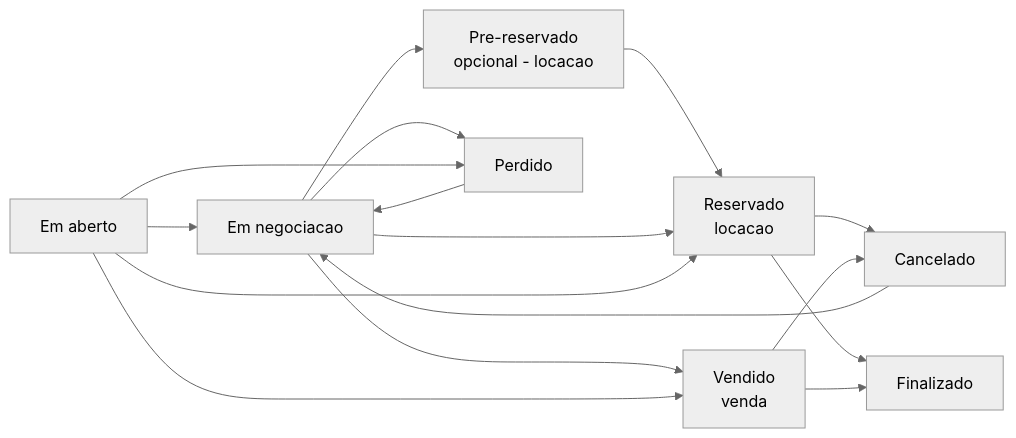
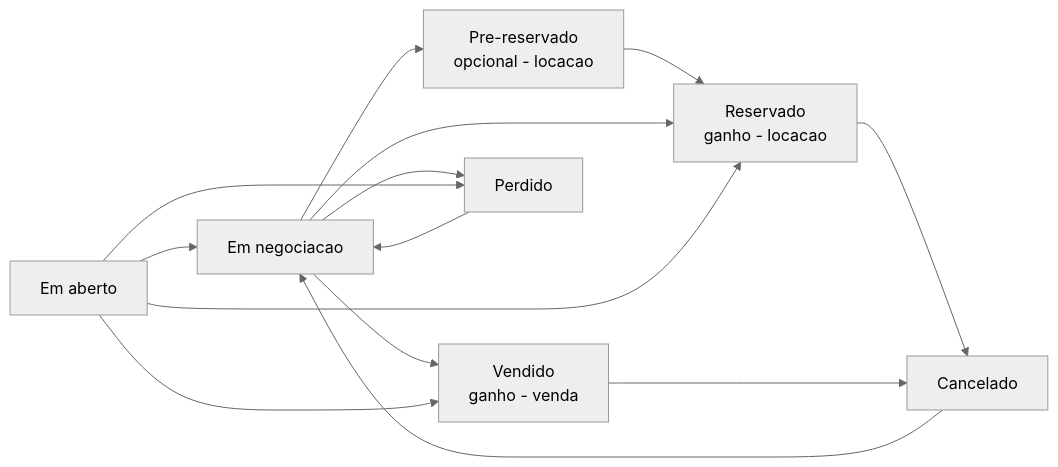
Before and after one commit to LocFlowTeam/locflow-docs: the first of 2 diagrams in orcamentos/acompanhando-e-fechando.md, drawn with Mermaid (neutral theme). The commit also changed other lines of this file and 15 other files, not shown here.

````diff
--- a/orcamentos/acompanhando-e-fechando.md
+++ b/orcamentos/acompanhando-e-fechando.md
@@ -12,18 +18,16 @@
 ```mermaid
 flowchart LR
     AB[Em aberto] --> NEG[Em negociacao]
     NEG --> PR[Pre-reservado<br/>opcional - locacao]
-    PR --> RES[Reservado<br/>locacao]
+    PR --> RES[Reservado<br/>ganho - locacao]
     NEG --> RES
     AB --> RES
-    NEG --> VEN[Vendido<br/>venda]
+    NEG --> VEN[Vendido<br/>ganho - venda]
     AB --> VEN
     NEG --> PER[Perdido]
     AB --> PER
     RES --> CAN[Cancelado]
     VEN --> CAN
-    RES --> FIN[Finalizado]
-    VEN --> FIN
     PER --> NEG
     CAN --> NEG
 ```
````
